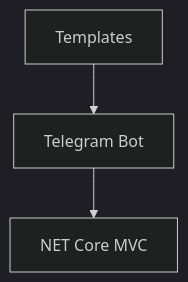
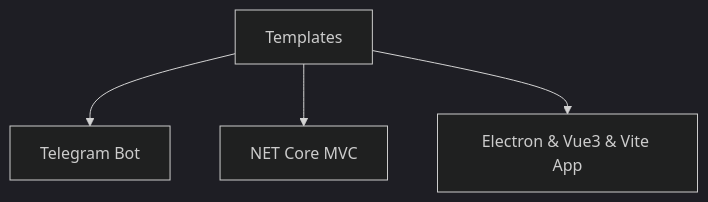
Before and after one commit to Dvurechensky/Dvurechensky: the seventh of 7 diagrams in README_en.md, drawn with Mermaid (dark theme). The commit also changed other lines of this file and 3 other files, not shown here.

````diff
--- a/README_en.md
+++ b/README_en.md
@@ -245,6 +245,7 @@
 ```mermaid
 graph TD
   C[Templates]
   C --> W[Telegram Bot]
-  W --> W1[NET Core MVC]
+  C --> W1[NET Core MVC]
+  C --> W2[Electron & Vue3 & Vite App]
 ```
````
